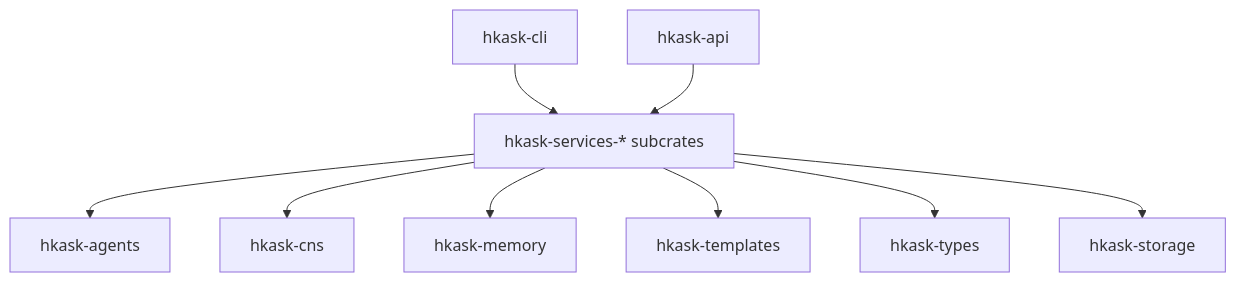
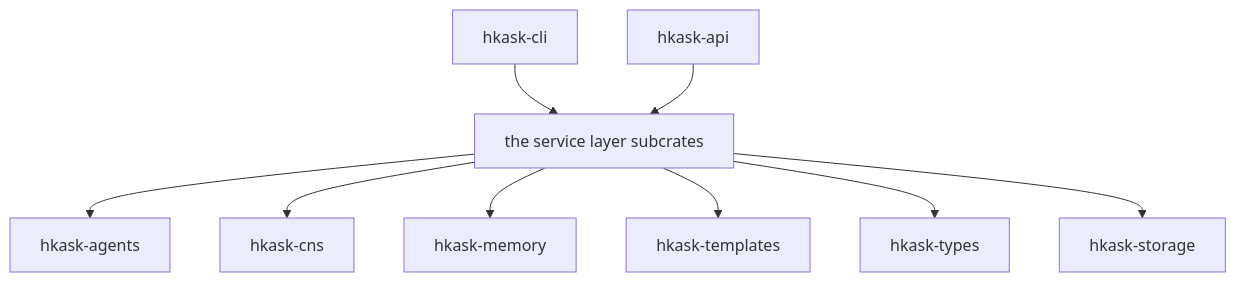
Before and after one commit to mdz-axo/hKask: the first of 14 diagrams in docs/architecture/core/FUNCTIONAL_SPECIFICATION.md, drawn with Mermaid. The commit also changed other lines of this file and 13 other files, not shown here.

````diff
--- a/docs/architecture/core/FUNCTIONAL_SPECIFICATION.md
+++ b/docs/architecture/core/FUNCTIONAL_SPECIFICATION.md
@@ -121,14 +121,14 @@
 ```mermaid
 graph TD
     CLI["hkask-cli"]
     API["hkask-api"]
-    SVC["hkask-services-* subcrates"]
+    SVC["the service layer subcrates"]
     CLI --> SVC
     API --> SVC
     SVC --> AGENTS[hkask-agents]
     SVC --> CNS[hkask-cns]
     SVC --> MEM[hkask-memory]
     SVC --> TEMPLATES[hkask-templates]
     SVC --> TYPES[hkask-types]
     SVC --> STORAGE[hkask-storage]
 ```
````
